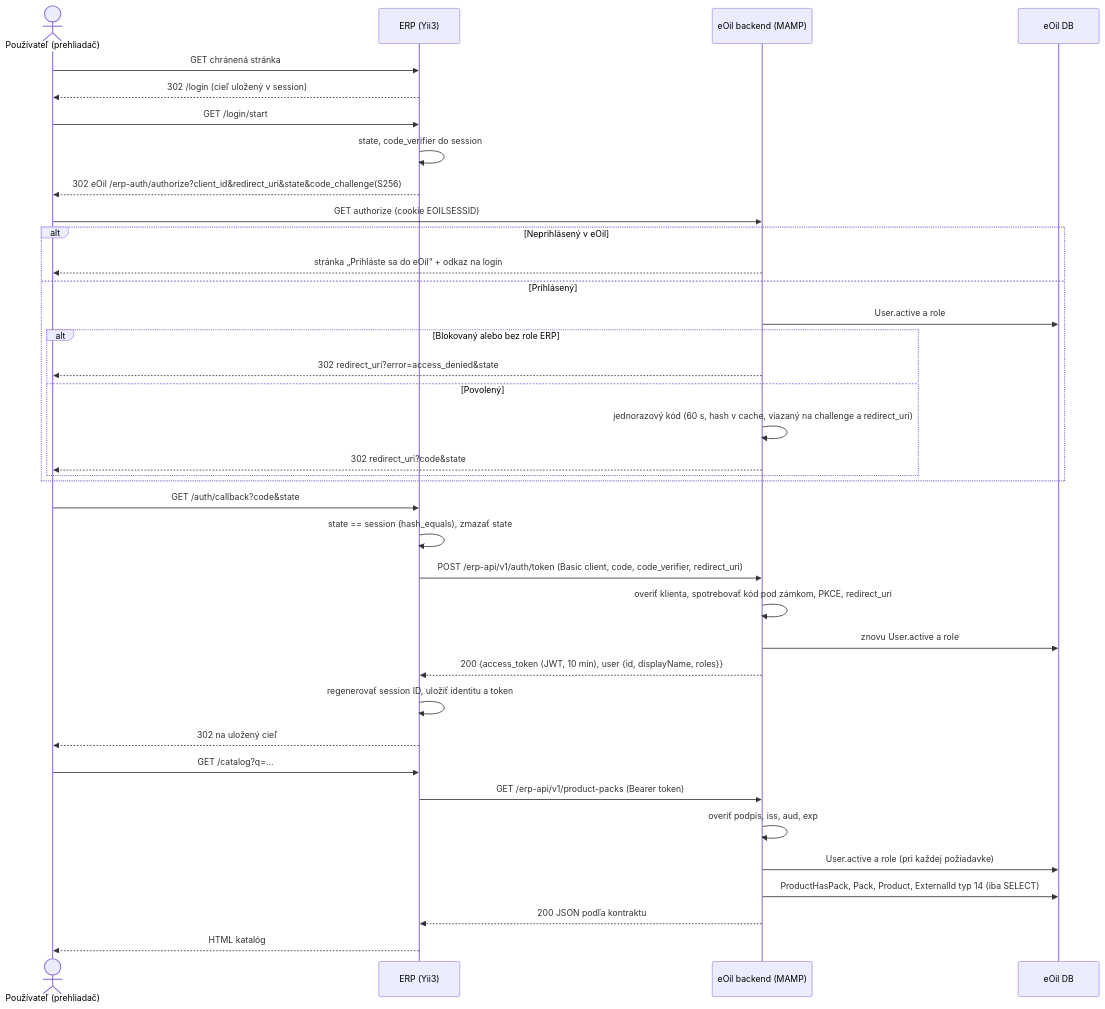
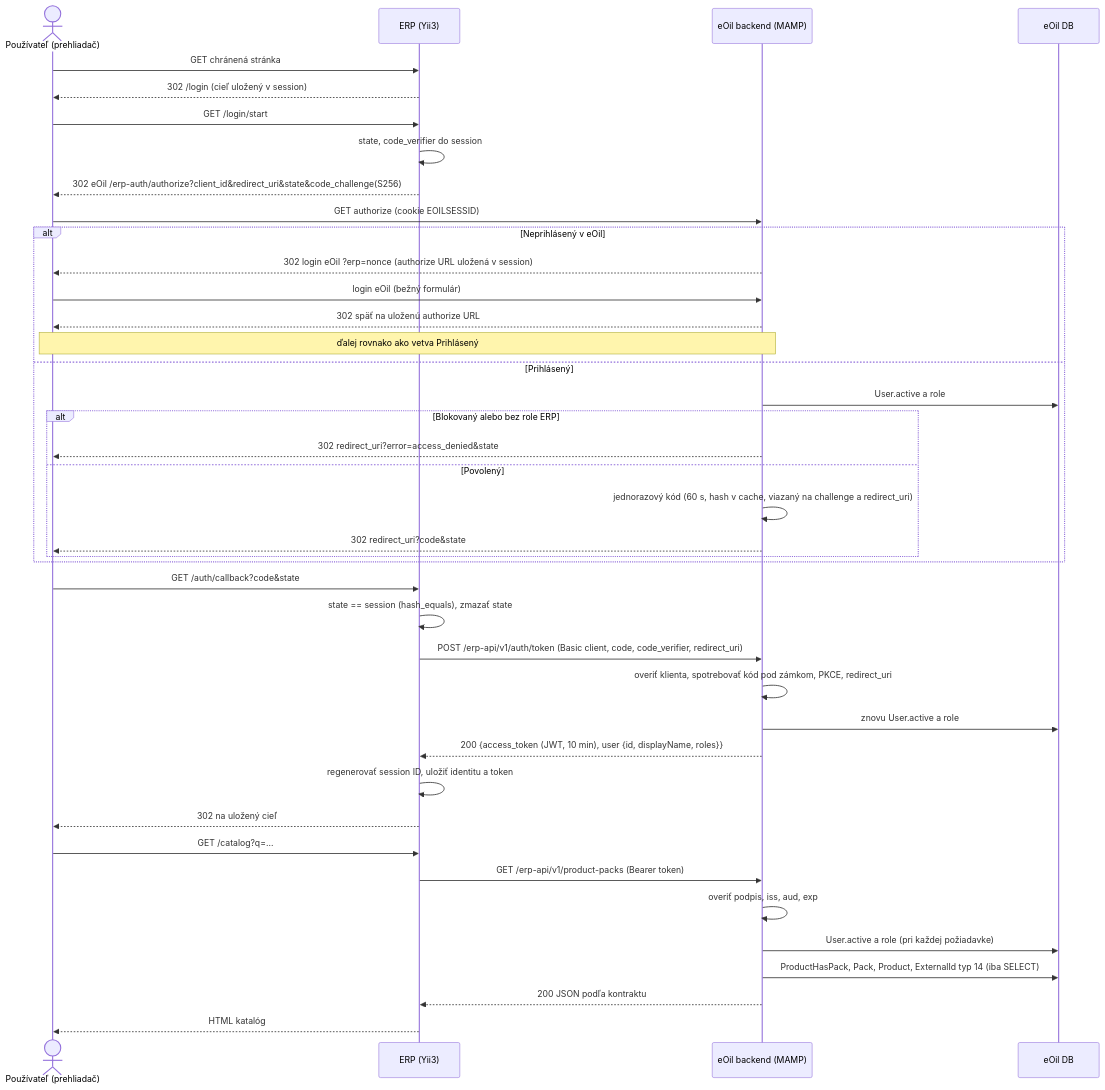
One commit to mirec188/eoil-erp changed the diagram in docs/superpowers/specs/2026-09-27-m2-eoil-integration-design.md. Above: the diagram before and after it, drawn with Mermaid. The commit also changed other lines of this file and 13 other files, not shown here.

Commit message:
feat(auth): renew ERP sign-in through the eOil session

````diff
--- a/docs/superpowers/specs/2026-09-27-m2-eoil-integration-design.md
+++ b/docs/superpowers/specs/2026-09-27-m2-eoil-integration-design.md
@@ -39,41 +39,44 @@
 ```mermaid
 sequenceDiagram
     actor U as Používateľ (prehliadač)
     participant ERP as ERP (Yii3)
     participant EO as eOil backend (MAMP)
     participant DB as eOil DB
 
     U->>ERP: GET chránená stránka
     ERP-->>U: 302 /login (cieľ uložený v session)
     U->>ERP: GET /login/start
     ERP->>ERP: state, code_verifier do session
     ERP-->>U: 302 eOil /erp-auth/authorize?client_id&redirect_uri&state&code_challenge(S256)
     U->>EO: GET authorize (cookie EOILSESSID)
     alt Neprihlásený v eOil
-        EO-->>U: stránka „Prihláste sa do eOil“ + odkaz na login
+        EO-->>U: 302 login eOil ?erp=nonce (authorize URL uložená v session)
+        U->>EO: login eOil (bežný formulár)
+        EO-->>U: 302 späť na uloženú authorize URL
+        Note over U,EO: ďalej rovnako ako vetva Prihlásený
     else Prihlásený
         EO->>DB: User.active a role
         alt Blokovaný alebo bez role ERP
             EO-->>U: 302 redirect_uri?error=access_denied&state
         else Povolený
             EO->>EO: jednorazový kód (60 s, hash v cache, viazaný na challenge a redirect_uri)
             EO-->>U: 302 redirect_uri?code&state
         end
     end
     U->>ERP: GET /auth/callback?code&state
     ERP->>ERP: state == session (hash_equals), zmazať state
     ERP->>EO: POST /erp-api/v1/auth/token (Basic client, code, code_verifier, redirect_uri)
     EO->>EO: overiť klienta, spotrebovať kód pod zámkom, PKCE, redirect_uri
     EO->>DB: znovu User.active a role
     EO-->>ERP: 200 {access_token (JWT, 10 min), user {id, displayName, roles}}
     ERP->>ERP: regenerovať session ID, uložiť identitu a token
     ERP-->>U: 302 na uložený cieľ
 
     U->>ERP: GET /catalog?q=…
     ERP->>EO: GET /erp-api/v1/product-packs (Bearer token)
     EO->>EO: overiť podpis, iss, aud, exp
     EO->>DB: User.active a role (pri každej požiadavke)
     EO->>DB: ProductHasPack, Pack, Product, ExternalId typ 14 (iba SELECT)
     EO-->>ERP: 200 JSON podľa kontraktu
     ERP-->>U: HTML katalóg
 ```
````
